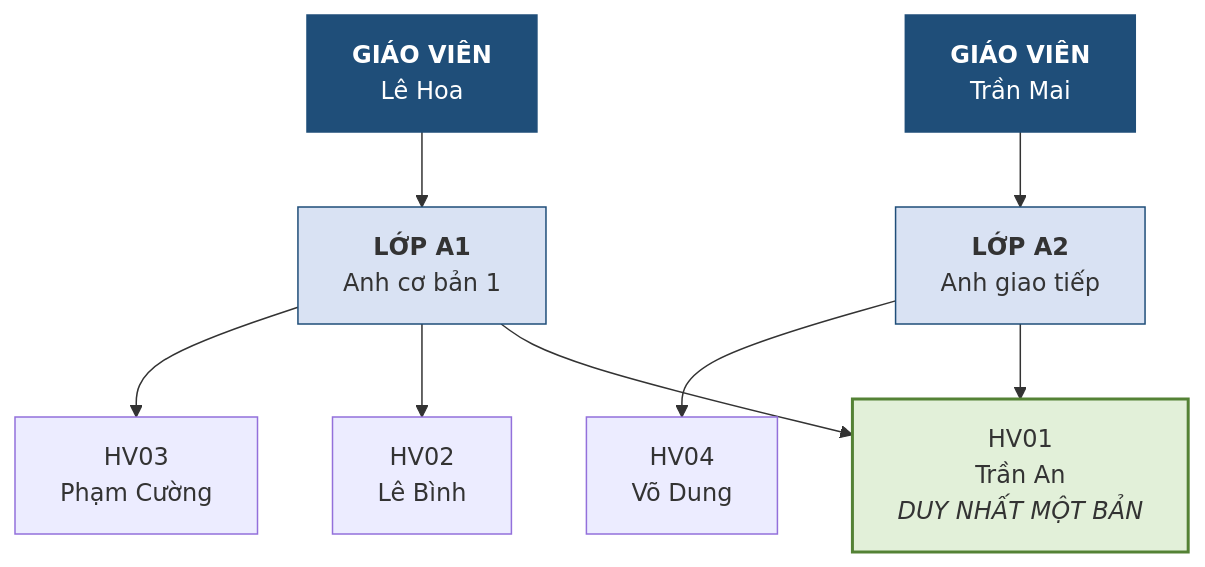
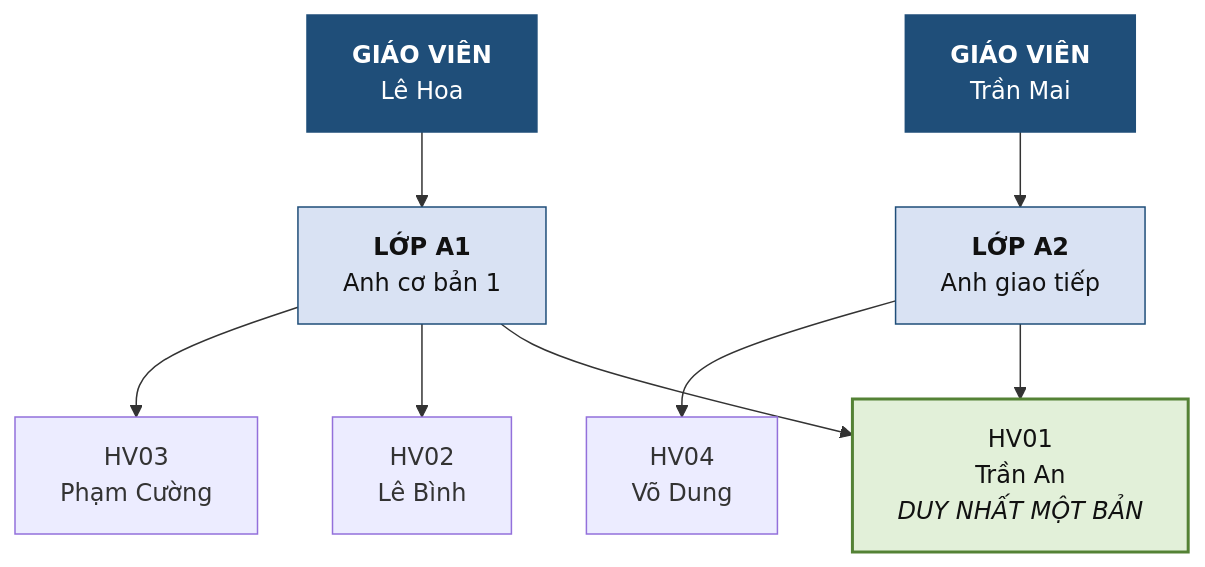
The second of 4 diagrams in docs/chuong-1/1-4-mo-hinh-du-lieu-luoc-do-va-the-hien.md (CuongNguyenDAU/csdl-dbs201), drawn with Mermaid before and after one commit. The commit also changed other lines of this file and 123 other files, not shown here.

Commit message:
Cập nhật bài giảng v7: sơ đồ ER ký pháp Chen, hình minh họa tự vẽ, mở rộng toàn diện Chương 5 và bổ sung lời giải A4, B5

````diff
--- a/docs/chuong-1/1-4-mo-hinh-du-lieu-luoc-do-va-the-hien.md
+++ b/docs/chuong-1/1-4-mo-hinh-du-lieu-luoc-do-va-the-hien.md
@@ -75,15 +71,15 @@
 ```mermaid
 flowchart TB
     GV1["<b>GIÁO VIÊN</b><br/>Lê Hoa"] --> L1["<b>LỚP A1</b><br/>Anh cơ bản 1"]
     GV2["<b>GIÁO VIÊN</b><br/>Trần Mai"] --> L2["<b>LỚP A2</b><br/>Anh giao tiếp"]
     L1 --> H1["HV01<br/>Trần An<br/><i>DUY NHẤT MỘT BẢN</i>"]
     L1 --> H2["HV02<br/>Lê Bình"]
     L1 --> H3["HV03<br/>Phạm Cường"]
     L2 --> H1
     L2 --> H4["HV04<br/>Võ Dung"]
-    style GV1 fill:#1F4E79,color:#fff,stroke:#1F4E79
-    style GV2 fill:#1F4E79,color:#fff,stroke:#1F4E79
-    style L1 fill:#D9E2F3,stroke:#1F4E79
-    style L2 fill:#D9E2F3,stroke:#1F4E79
-    style H1 fill:#E2F0D9,stroke:#548235,stroke-width:2px
+    style GV1 fill:#1F4E79,color:#ffffff,stroke:#1F4E79
+    style GV2 fill:#1F4E79,color:#ffffff,stroke:#1F4E79
+    style L1 fill:#D9E2F3,stroke:#1F4E79,color:#111111
+    style L2 fill:#D9E2F3,stroke:#1F4E79,color:#111111
+    style H1 fill:#E2F0D9,stroke:#548235,stroke-width:2px,color:#111111
 ```
````
